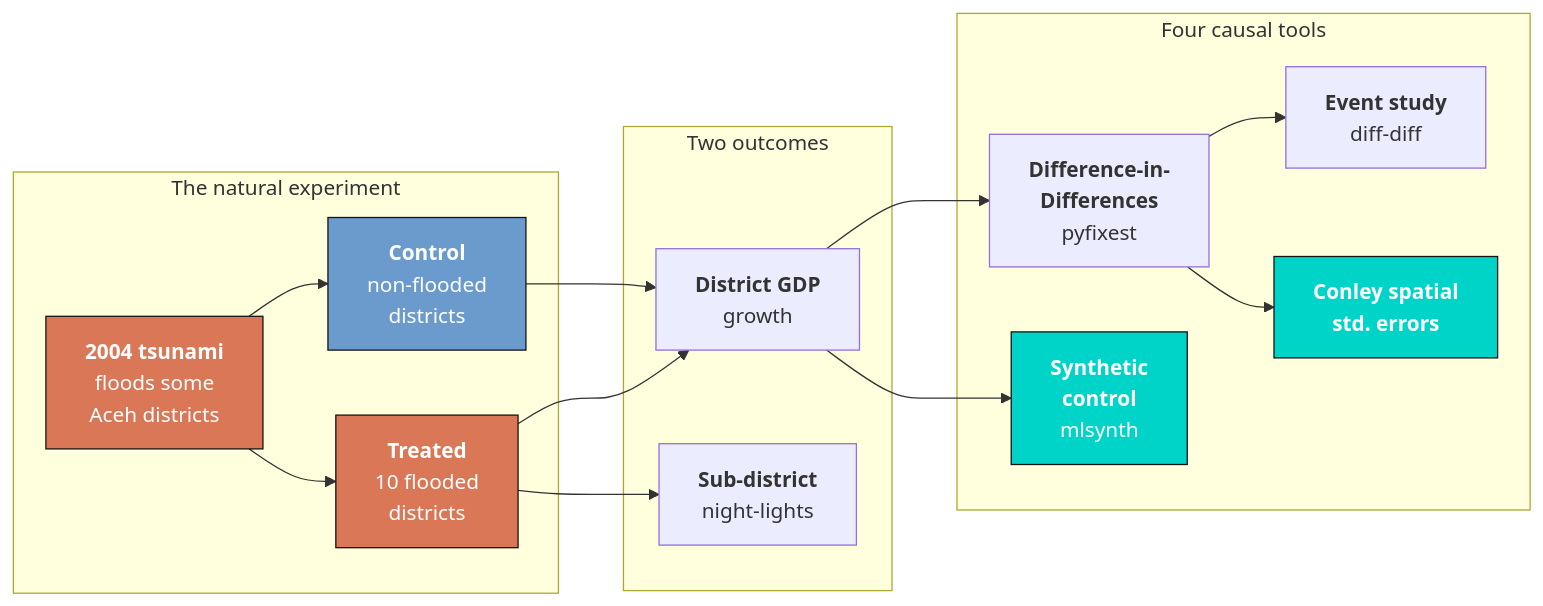
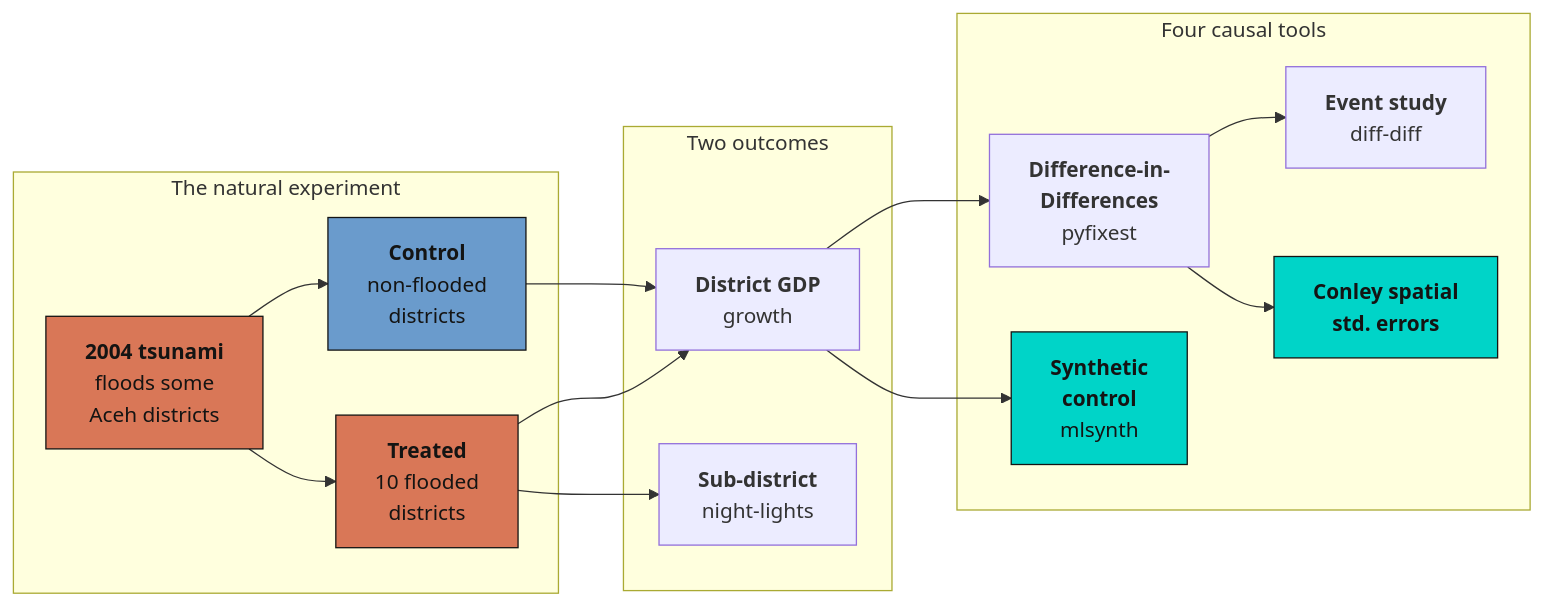
The diagram in content/post/python_did_sc_tsunami/index.md (cmg777/starter-academic-v501), drawn with Mermaid before and after one commit. The commit also changed 67 other files, not shown here.

First line of the commit message:
fix(mermaid): readable diagram text in both themes across the site

````diff
--- a/content/post/python_did_sc_tsunami/index.md
+++ b/content/post/python_did_sc_tsunami/index.md
@@ -112,35 +112,35 @@
 ```mermaid
 graph LR
     subgraph SETTING["The natural experiment"]
     A["<b>2004 tsunami</b><br/>floods some<br/>Aceh districts"]
     B["<b>Treated</b><br/>10 flooded<br/>districts"]
     C["<b>Control</b><br/>non-flooded<br/>districts"]
     A --> B
     A --> C
     end
 
     subgraph MEASURE["Two outcomes"]
     D["<b>District GDP</b><br/>growth"]
     E["<b>Sub-district</b><br/>night-lights"]
     end
 
     subgraph METHODS["Four causal tools"]
     F["<b>Difference-in-<br/>Differences</b><br/>pyfixest"]
     G["<b>Event study</b><br/>diff-diff"]
     H["<b>Synthetic<br/>control</b><br/>mlsynth"]
     I["<b>Conley spatial<br/>std. errors</b>"]
     end
 
     B --> D
     C --> D
     B --> E
     D --> F --> G
     D --> H
     F --> I
 
-    style A fill:#d97757,stroke:#141413,color:#fff
-    style B fill:#d97757,stroke:#141413,color:#fff
-    style C fill:#6a9bcc,stroke:#141413,color:#fff
-    style H fill:#00d4c8,stroke:#141413,color:#fff
-    style I fill:#00d4c8,stroke:#141413,color:#fff
+    style A fill:#d97757,stroke:#141413,color:#141413
+    style B fill:#d97757,stroke:#141413,color:#141413
+    style C fill:#6a9bcc,stroke:#141413,color:#141413
+    style H fill:#00d4c8,stroke:#141413,color:#141413
+    style I fill:#00d4c8,stroke:#141413,color:#141413
 ```
````
